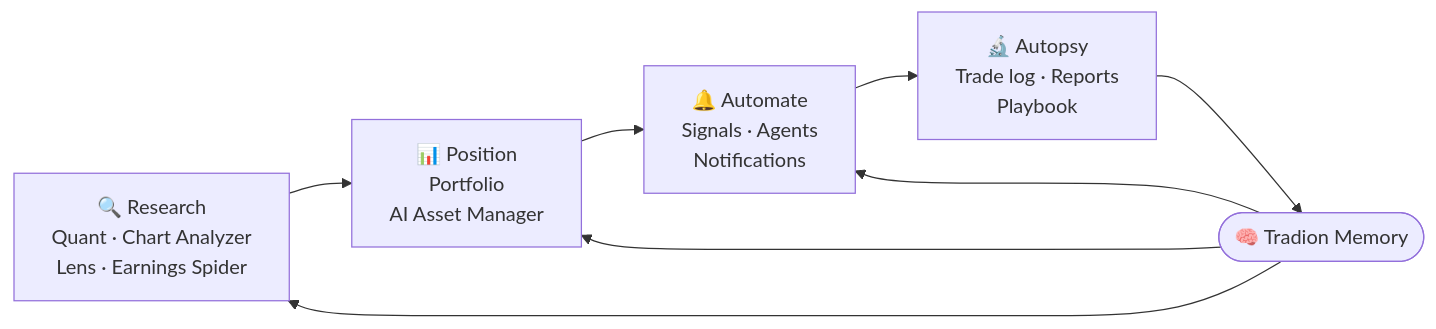
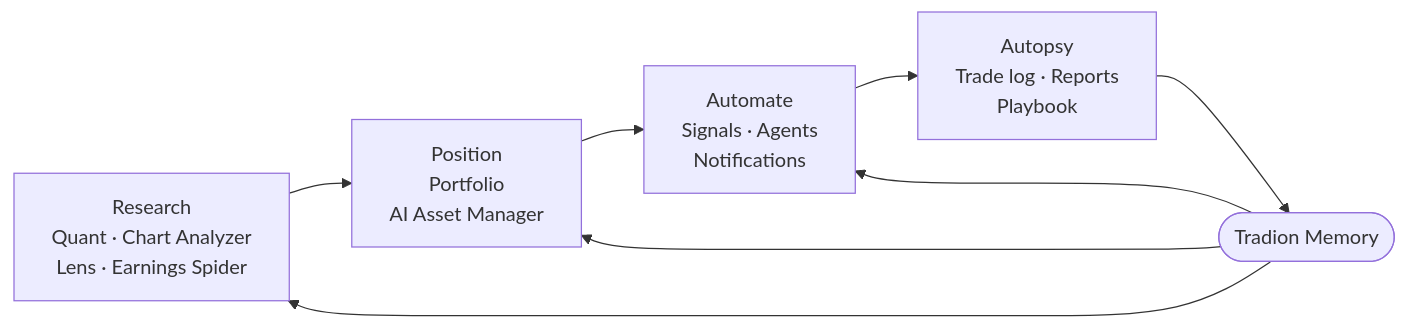
The diagram in concepts/the-loop.mdx (ishraq21/tradion-doc-site), drawn with Mermaid before and after one commit. The commit also changed 4 other files, not shown here.

Commit message:
Remove all emojis from docs: replace with plain text in tables and Mermaid diagram

````diff
--- a/concepts/the-loop.mdx
+++ b/concepts/the-loop.mdx
@@ -9,10 +9,10 @@
 ```mermaid
 flowchart LR
-    A["🔍 Research<br/>Quant · Chart Analyzer<br/>Lens · Earnings Spider"] --> B["📊 Position<br/>Portfolio<br/>AI Asset Manager"]
-    B --> C["🔔 Automate<br/>Signals · Agents<br/>Notifications"]
-    C --> D["🔬 Autopsy<br/>Trade log · Reports<br/>Playbook"]
-    D --> E(["🧠 Tradion Memory"])
+    A["Research<br/>Quant · Chart Analyzer<br/>Lens · Earnings Spider"] --> B["Position<br/>Portfolio<br/>AI Asset Manager"]
+    B --> C["Automate<br/>Signals · Agents<br/>Notifications"]
+    C --> D["Autopsy<br/>Trade log · Reports<br/>Playbook"]
+    D --> E(["Tradion Memory"])
     E --> A
     E --> B
     E --> C
 ```
````
